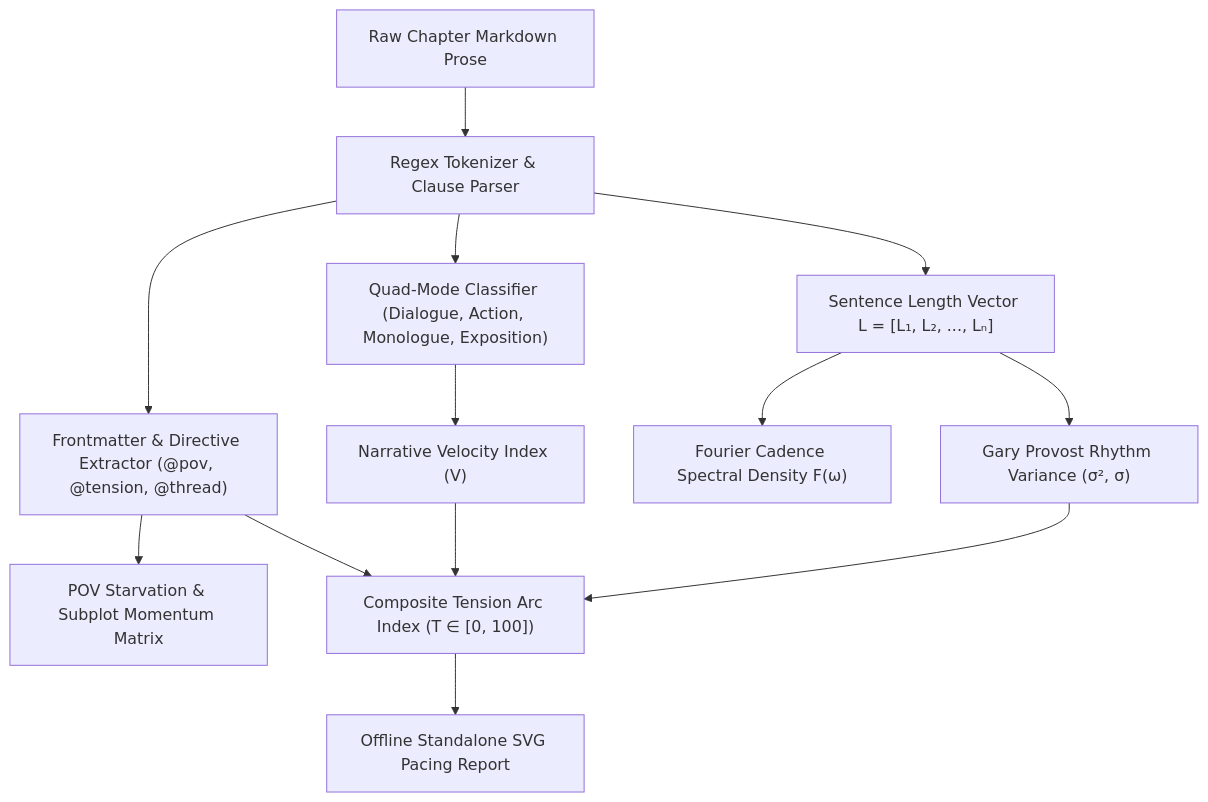
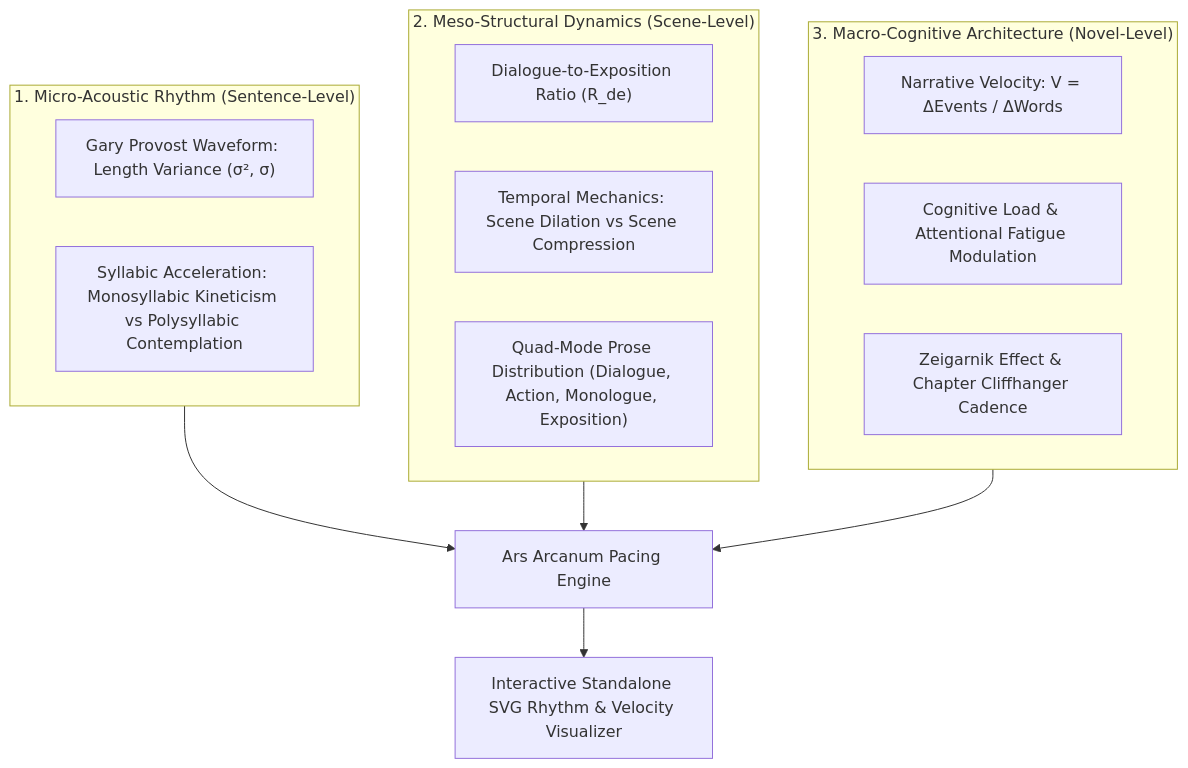
Before and after one commit to aryansinghnagar/Ars-Arcanum: the first of 3 diagrams in docs/PACING.md, drawn with Mermaid. The commit also changed other lines of this file and 239 other files, not shown here.

First line of the commit message:
feat(v5.0.0): streamline to 47 deterministic engines, zero-pip architecture, and encyclopedic craft references

````diff
--- a/docs/PACING.md
+++ b/docs/PACING.md
@@ -23,16 +12,22 @@
 ```mermaid
 flowchart TD
-    RawProse["Raw Chapter Markdown Prose"] --> Tokenizer["Regex Tokenizer & Clause Parser"]
-    Tokenizer --> SentenceLens["Sentence Length Vector L = [L₁, L₂, ..., Lₙ]"]
-    Tokenizer --> QuadMode["Quad-Mode Classifier (Dialogue, Action, Monologue, Exposition)"]
-    Tokenizer --> Directives["Frontmatter & Directive Extractor (@pov, @tension, @thread)"]
-    
-    SentenceLens --> VarianceCalc["Gary Provost Rhythm Variance (σ², σ)"]
-    SentenceLens --> FourierCalc["Fourier Cadence Spectral Density F(ω)"]
-    
-    QuadMode --> VelocityCalc["Narrative Velocity Index (V)"]
-    Directives --> POVStarve["POV Starvation & Subplot Momentum Matrix"]
-    
-    VarianceCalc & VelocityCalc & Directives --> CompositeTension["Composite Tension Arc Index (T ∈ [0, 100])"]
-    CompositeTension --> SVGReport["Offline Standalone SVG Pacing Report"]
+    subgraph MicroAcoustic["1. Micro-Acoustic Rhythm (Sentence-Level)"]
+        Provost["Gary Provost Waveform: Length Variance (σ², σ)"]
+        Syllabic["Syllabic Acceleration: Monosyllabic Kineticism vs Polysyllabic Contemplation"]
+    end
+
+    subgraph Mesotextual["2. Meso-Structural Dynamics (Scene-Level)"]
+        Ratio["Dialogue-to-Exposition Ratio (R_de)"]
+        Dilation["Temporal Mechanics: Scene Dilation vs Scene Compression"]
+        QuadMode["Quad-Mode Prose Distribution (Dialogue, Action, Monologue, Exposition)"]
+    end
+
+    subgraph MacroCognitive["3. Macro-Cognitive Architecture (Novel-Level)"]
+        Velocity["Narrative Velocity: V = ΔEvents / ΔWords"]
+        CognitiveLoad["Cognitive Load & Attentional Fatigue Modulation"]
+        Cliffhanger["Zeigarnik Effect & Chapter Cliffhanger Cadence"]
+    end
+
+    MicroAcoustic & Mesotextual & MacroCognitive --> Engine["Ars Arcanum Pacing Engine"]
+    Engine --> SVG["Interactive Standalone SVG Rhythm & Velocity Visualizer"]
 ```
````
